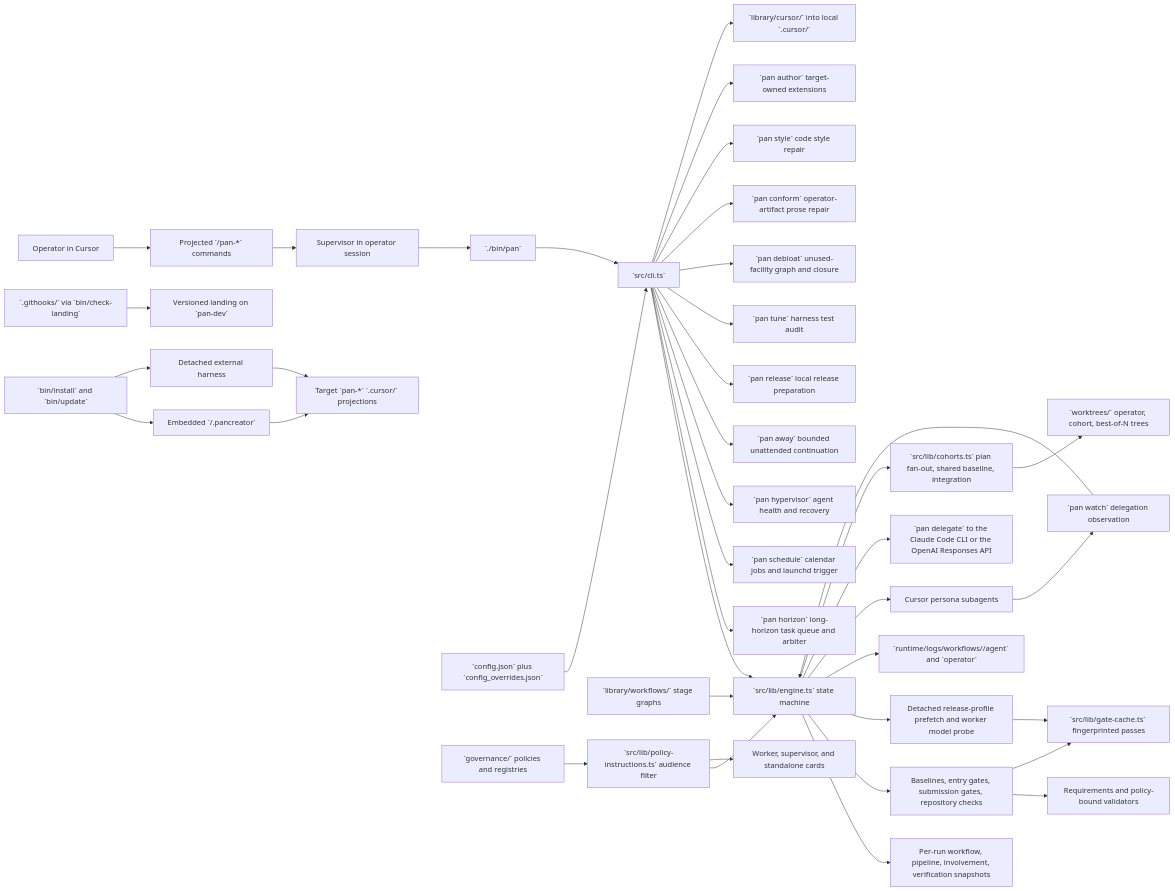
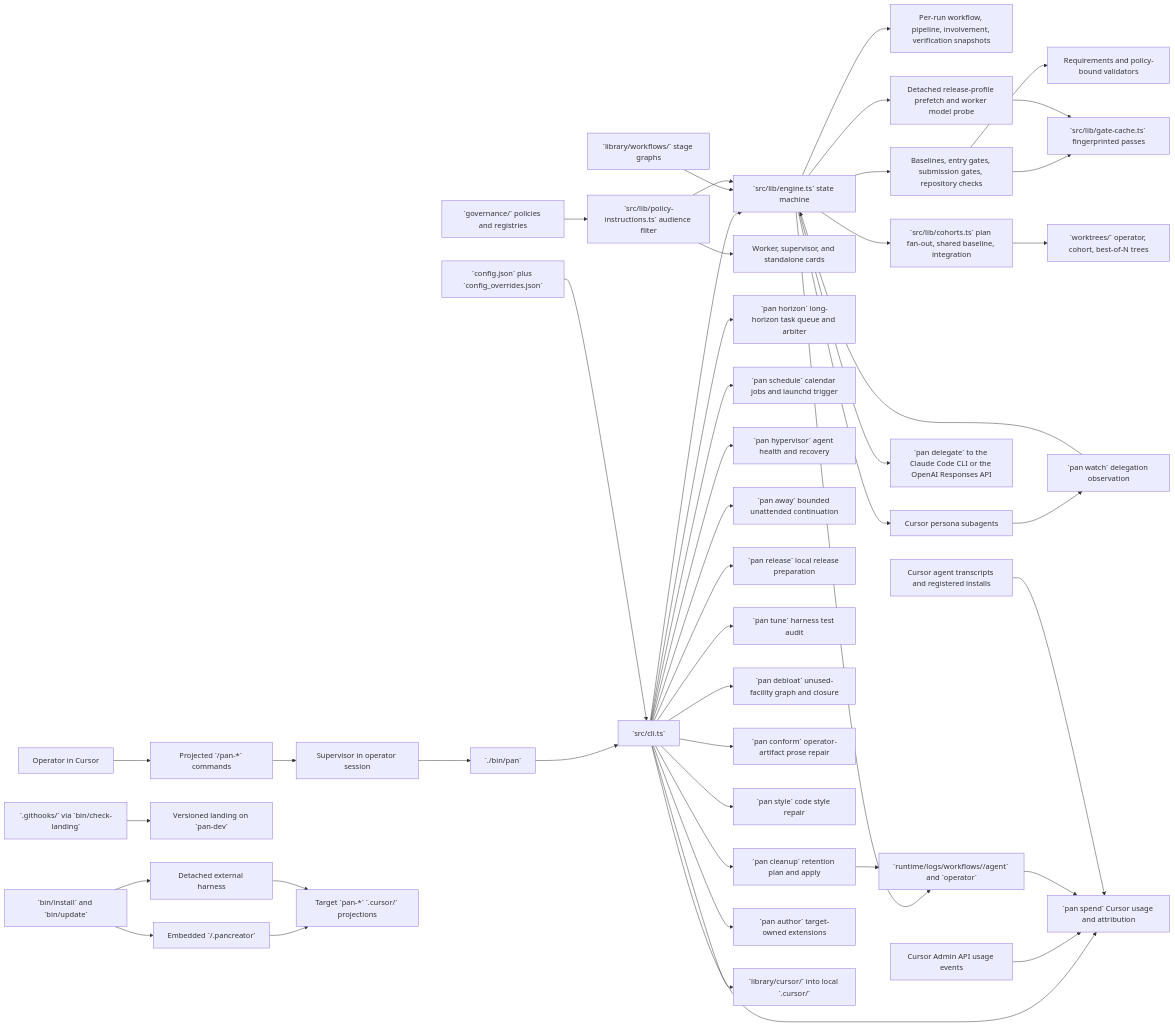
One commit to alenlukic/pancreator changed the diagram in docs/target-repo-primer.md. Above: the diagram before and after it, drawn with Mermaid. The commit also changed other lines of this file, not shown here.

````diff
--- a/docs/target-repo-primer.md
+++ b/docs/target-repo-primer.md
@@ -89,42 +91,48 @@
 ```mermaid
 flowchart LR
   Operator[Operator in Cursor] --> Commands[Projected `/pan-*` commands]
   Commands --> Supervisor[Supervisor in operator session]
   Supervisor --> Pan[`./bin/pan`]
   Pan --> CLI[`src/cli.ts`]
   CLI --> Engine[`src/lib/engine.ts` state machine]
   Config[`config.json` plus `config_overrides.json`] --> CLI
   Workflows[`library/workflows/` stage graphs] --> Engine
   Governance[`governance/` policies and registries] --> Audience[`src/lib/policy-instructions.ts` audience filter]
   Audience --> Engine
   Audience --> Cards[Worker, supervisor, and standalone cards]
   Engine --> Snapshots[Per-run workflow, pipeline, involvement, verification snapshots]
   Engine --> Gates[Baselines, entry gates, submission gates, repository checks]
   Gates --> Requirements[Requirements and policy-bound validators]
   Gates --> GateCache[`src/lib/gate-cache.ts` fingerprinted passes]
   Engine --> Detached[Detached release-profile prefetch and worker model probe]
   Detached --> GateCache
   Engine --> Runtime[`runtime/logs/workflows/<run-id>/agent` and `operator`]
   Engine --> CursorWorkers[Cursor persona subagents]
   Engine --> External[`pan delegate` to the Claude Code CLI or the OpenAI Responses API]
   CursorWorkers --> Watch[`pan watch` delegation observation]
   Watch --> Engine
   Engine --> Cohorts[`src/lib/cohorts.ts` plan fan-out, shared baseline, integration]
   Cohorts --> Worktrees[`worktrees/` operator, cohort, best-of-N trees]
   CLI --> Horizon[`pan horizon` long-horizon task queue and arbiter]
   CLI --> Schedule[`pan schedule` calendar jobs and launchd trigger]
   CLI --> Hypervisor[`pan hypervisor` agent health and recovery]
   CLI --> Away[`pan away` bounded unattended continuation]
   CLI --> Release[`pan release` local release preparation]
   CLI --> Tune[`pan tune` harness test audit]
   CLI --> Debloat[`pan debloat` unused-facility graph and closure]
   CLI --> Conform[`pan conform` operator-artifact prose repair]
   CLI --> Style[`pan style` code style repair]
+  CLI --> Cleanup[`pan cleanup` retention plan and apply]
+  Cleanup --> Runtime
+  CLI --> Spend[`pan spend` Cursor usage and attribution]
+  CursorAPI[Cursor Admin API usage events] --> Spend
+  Runtime --> Spend
+  Transcripts[Cursor agent transcripts and registered installs] --> Spend
   CLI --> Author[`pan author` target-owned extensions]
   CLI --> Projection[`library/cursor/` into local `.cursor/`]
   Hooks[`.githooks/` via `bin/check-landing`] --> Landing[Versioned landing on `pan-dev`]
   Installer[`bin/install` and `bin/update`] --> Embedded[Embedded `<target>/.pancreator`]
   Installer --> DetachedInstall[Detached external harness]
   Embedded --> TargetCursor[Target `pan-*` `.cursor/` projections]
   DetachedInstall --> TargetCursor
 ```
````
